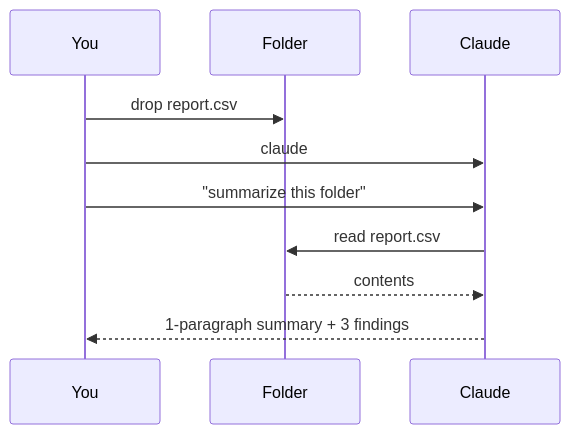
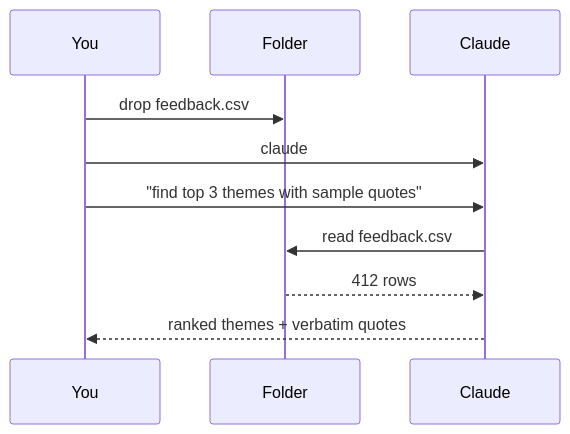
Before and after one commit to velesnitski/claude-code-quickstart: the first of 3 diagrams in docs/04-examples.md, drawn with Mermaid. The commit also changed other lines of this file and 2 other files, not shown here.

First line of the commit message:
docs+ci: marketing examples + sexy PDF (Eisvogel + mermaid)

````diff
--- a/docs/04-examples.md
+++ b/docs/04-examples.md
@@ -13,12 +15,12 @@
 ```mermaid
 sequenceDiagram
     participant You
     participant Folder
     participant Claude
-    You->>Folder: drop report.csv
+    You->>Folder: drop feedback.csv
     You->>Claude: claude
-    You->>Claude: "summarize this folder"
-    Claude->>Folder: read report.csv
-    Folder-->>Claude: contents
-    Claude-->>You: 1-paragraph summary + 3 findings
+    You->>Claude: "find top 3 themes with sample quotes"
+    Claude->>Folder: read feedback.csv
+    Folder-->>Claude: 412 rows
+    Claude-->>You: ranked themes + verbatim quotes
 ```
````
